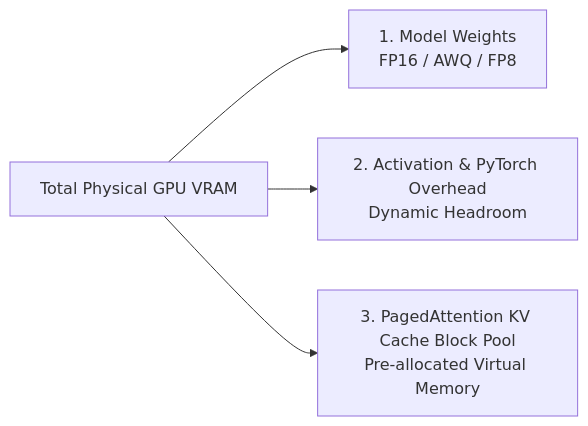
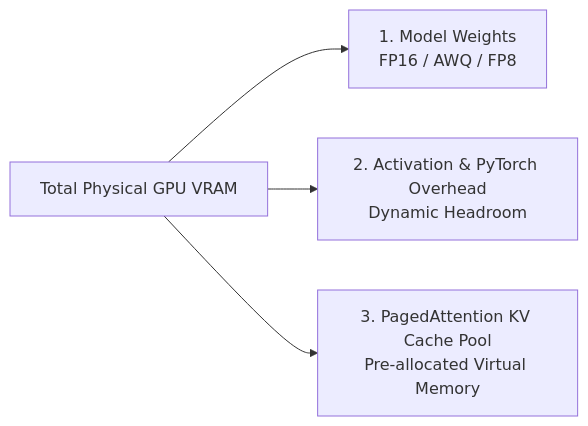
The first of 2 diagrams in src/content/tutorials/vllm-gpu-out-of-memory-oom-troubleshooting-guide.md (jaswanthsai7/Nadhebe), drawn with Mermaid before and after one commit. The commit also changed other lines of this file and 16 other files, not shown here.

Commit message:
refactor(seo): sanitize evidence, replace simulated benchmarks with verified vLLM/Ollama specs, update URL slug to architectural-comparison

````diff
--- a/src/content/tutorials/vllm-gpu-out-of-memory-oom-troubleshooting-guide.md
+++ b/src/content/tutorials/vllm-gpu-out-of-memory-oom-troubleshooting-guide.md
@@ -51,6 +52,6 @@
 ```mermaid
 graph LR
     A[Total Physical GPU VRAM] --> B[1. Model Weights\nFP16 / AWQ / FP8]
     A --> C[2. Activation & PyTorch Overhead\nDynamic Headroom]
-    A --> D[3. PagedAttention KV Cache Block Pool\nPre-allocated Virtual Memory]
+    A --> D[3. PagedAttention KV Cache Pool\nPre-allocated Virtual Memory]
 ```
````
